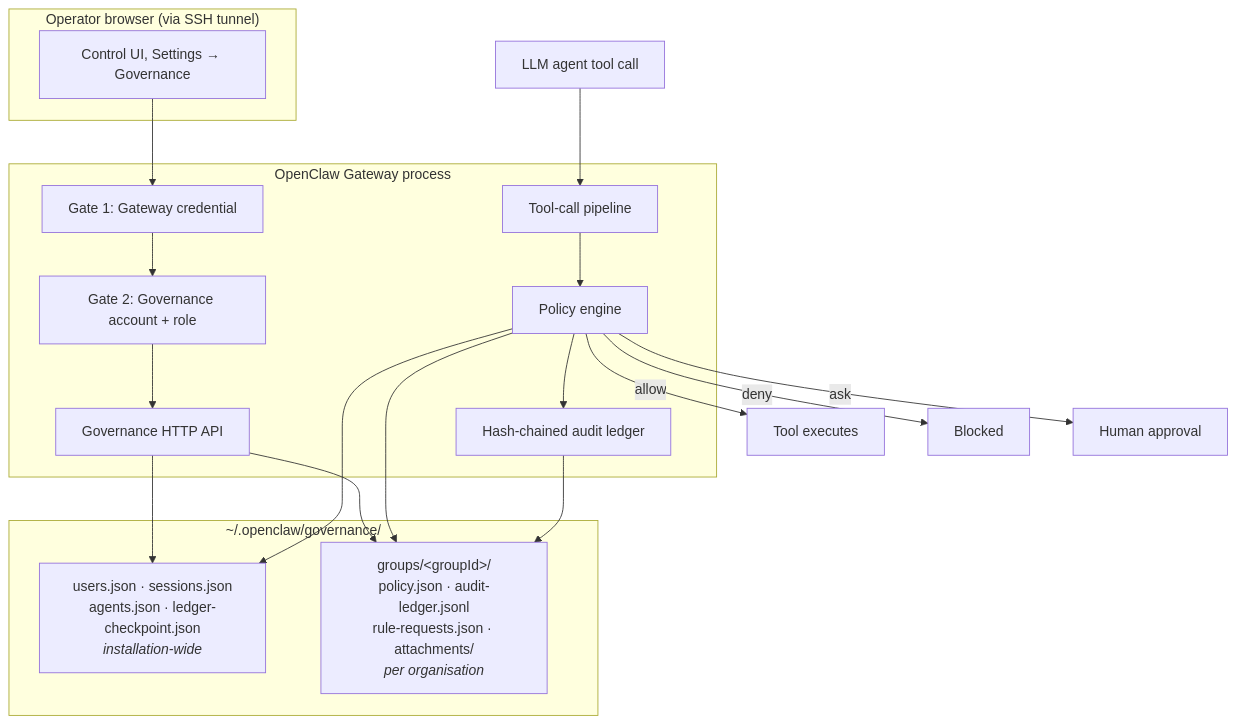
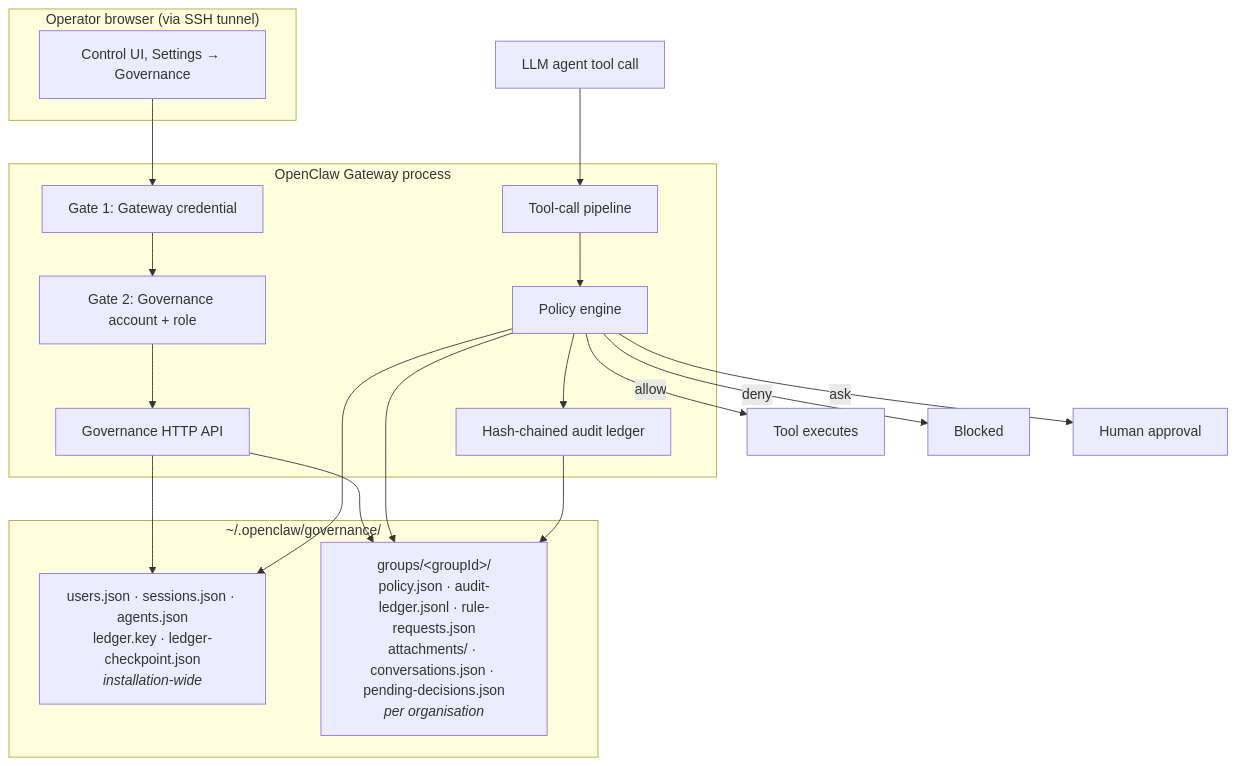
The first of 23 diagrams in docs-notes/FIGURES.md (KinanRadaideh/openclaw-governance-layer), drawn with Mermaid before and after one commit. The commit also changed other lines of this file and 10 other files, not shown here.

````diff
--- a/docs-notes/FIGURES.md
+++ b/docs-notes/FIGURES.md
@@ -253,30 +316,30 @@
 ```mermaid
 flowchart TB
   subgraph Browser["Operator browser (via SSH tunnel)"]
     UI["Control UI, Settings → Governance"]
   end
   subgraph GW["OpenClaw Gateway process"]
     AUTH["Gate 1: Gateway credential"]
     RBAC["Gate 2: Governance account + role"]
     API["Governance HTTP API"]
     PIPE["Tool-call pipeline"]
     ENGINE["Policy engine"]
     LEDGER["Hash-chained audit ledger"]
   end
   subgraph Disk["~/.openclaw/governance/"]
-    U["users.json · sessions.json<br/>agents.json · ledger-checkpoint.json<br/><i>installation-wide</i>"]
-    P["groups/&lt;groupId&gt;/<br/>policy.json · audit-ledger.jsonl<br/>rule-requests.json · attachments/<br/><i>per organisation</i>"]
+    U["users.json · sessions.json · agents.json<br/>ledger.key · ledger-checkpoint.json<br/><i>installation-wide</i>"]
+    P["groups/&lt;groupId&gt;/<br/>policy.json · audit-ledger.jsonl · rule-requests.json<br/>attachments/ · conversations.json · pending-decisions.json<br/><i>per organisation</i>"]
   end
   AGENT["LLM agent tool call"]
 
   UI --> AUTH --> RBAC --> API
   API --> U
   API --> P
   AGENT --> PIPE --> ENGINE
   ENGINE --> U
   ENGINE --> P
   ENGINE --> LEDGER --> P
   ENGINE -->|allow| EXEC["Tool executes"]
   ENGINE -->|deny| BLOCK["Blocked"]
   ENGINE -->|ask| HITL["Human approval"]
 ```
````
